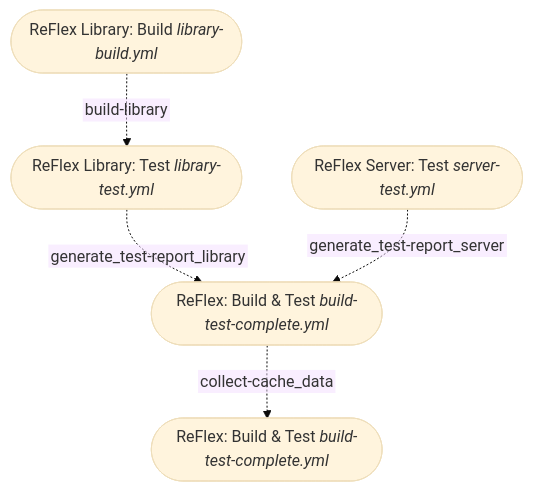
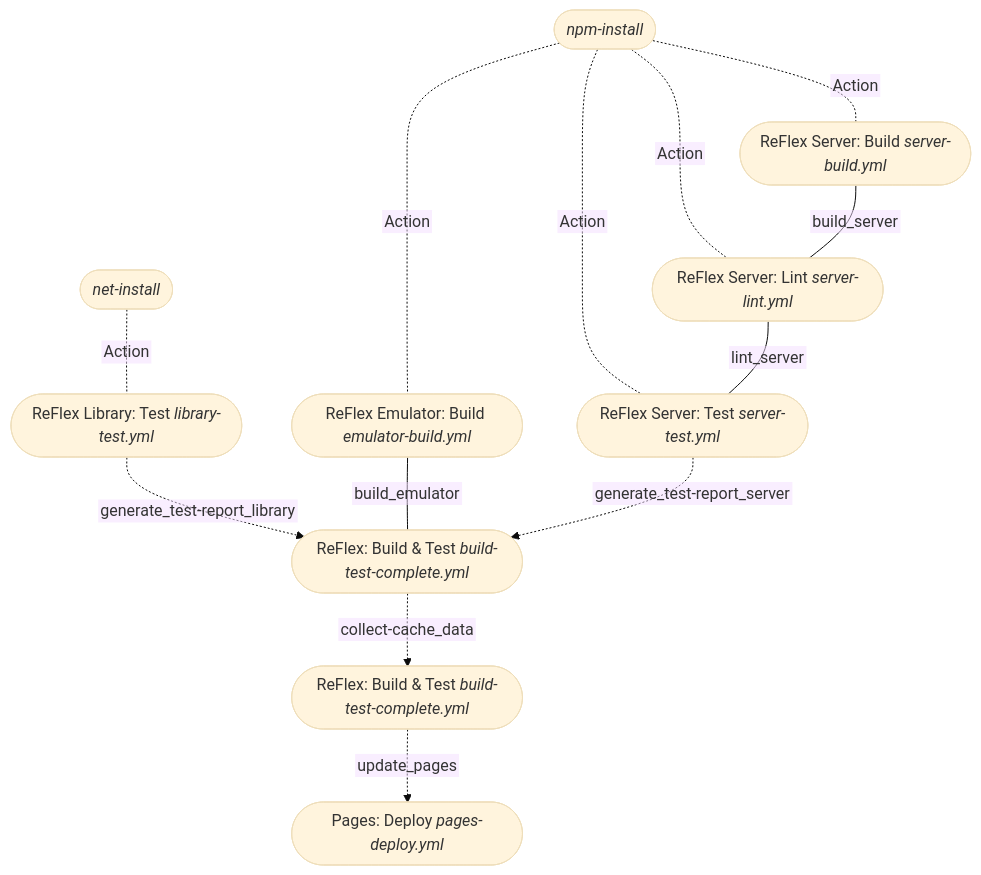
Before and after one commit to visualengineers/reflex: the diagram in docs/software/repo/ci.md, drawn with Mermaid (base theme). The commit also changed other lines of this file, not shown here.

Commit message:
update flowchart

````diff
--- a/docs/software/repo/ci.md
+++ b/docs/software/repo/ci.md
@@ -59,20 +59,53 @@
 ```mermaid
 %%{ init: { "flowchart": {"htmlLabels": false}}}%%
 
 flowchart TD
-    A(["`ReFlex Library: Build *library-build.yml*`"])
-    -. build-library .->
-    B(["`ReFlex Library: Test *library-test.yml*`"])
+    A1(["`*npm-install*`"])
+    -. Action .-
+    C(["`ReFlex Emulator: Build *emulator-build.yml*`"])
+
+    A1(["`*npm-install*`"])
+    -. Action .-
+    D(["`ReFlex Server: Build *server-build.yml*`"])
+
+    A1(["`*npm-install*`"])
+    -. Action .-
+    E(["`ReFlex Server: Lint *server-lint.yml*`"])
+
+    A1(["`*npm-install*`"])
+    -. Action .-
+    F(["`ReFlex Server: Test *server-test.yml*`"])
+
+    A2(["`*net-install*`"])
+    -. Action .-
+    B(["`ReFlex: Build & Test *build-test-complete.yml*`"])
 
     B(["`ReFlex Library: Test *library-test.yml*`"])
     -. generate_test-report_library .->
-    D(["`ReFlex: Build & Test *build-test-complete.yml*`"])
+    G(["`ReFlex: Build & Test *build-test-complete.yml*`"])
 
-    C(["`ReFlex Server: Test *server-test.yml*`"])
+    C(["`ReFlex Emulator: Build *emulator-build.yml*`"])
+    -- build_emulator ---
+    G(["`ReFlex: Build & Test *build-test-complete.yml*`"])    
+
+    D(["`ReFlex Server: Build *server-build.yml*`"])
+    -- build_server ---
+    E(["`ReFlex Server: Lint *server-lint.yml*`"])
+
+    E(["`ReFlex Server: Lint *server-lint.yml*`"])
+    -- lint_server ---
+    F(["`ReFlex Server: Test *server-test.yml*`"])
+
+    F(["`ReFlex Server: Test *server-test.yml*`"])
     -. generate_test-report_server .->
-    D(["`ReFlex: Build & Test *build-test-complete.yml*`"])
+    G(["`ReFlex: Build & Test *build-test-complete.yml*`"])
 
-    D(["`ReFlex: Build & Test *build-test-complete.yml*`"])
+    G(["`ReFlex: Build & Test *build-test-complete.yml*`"])
     -. collect-cache_data .->
-    E(["`ReFlex: Build & Test *build-test-complete.yml*`"])
+    H(["`ReFlex: Build & Test *build-test-complete.yml*`"])
+
+    H(["`ReFlex: Build & Test *build-test-complete.yml*`"])
+    -. update_pages .->
+    I(["`Pages: Deploy *pages-deploy.yml*`"])
+  
 ```
````
